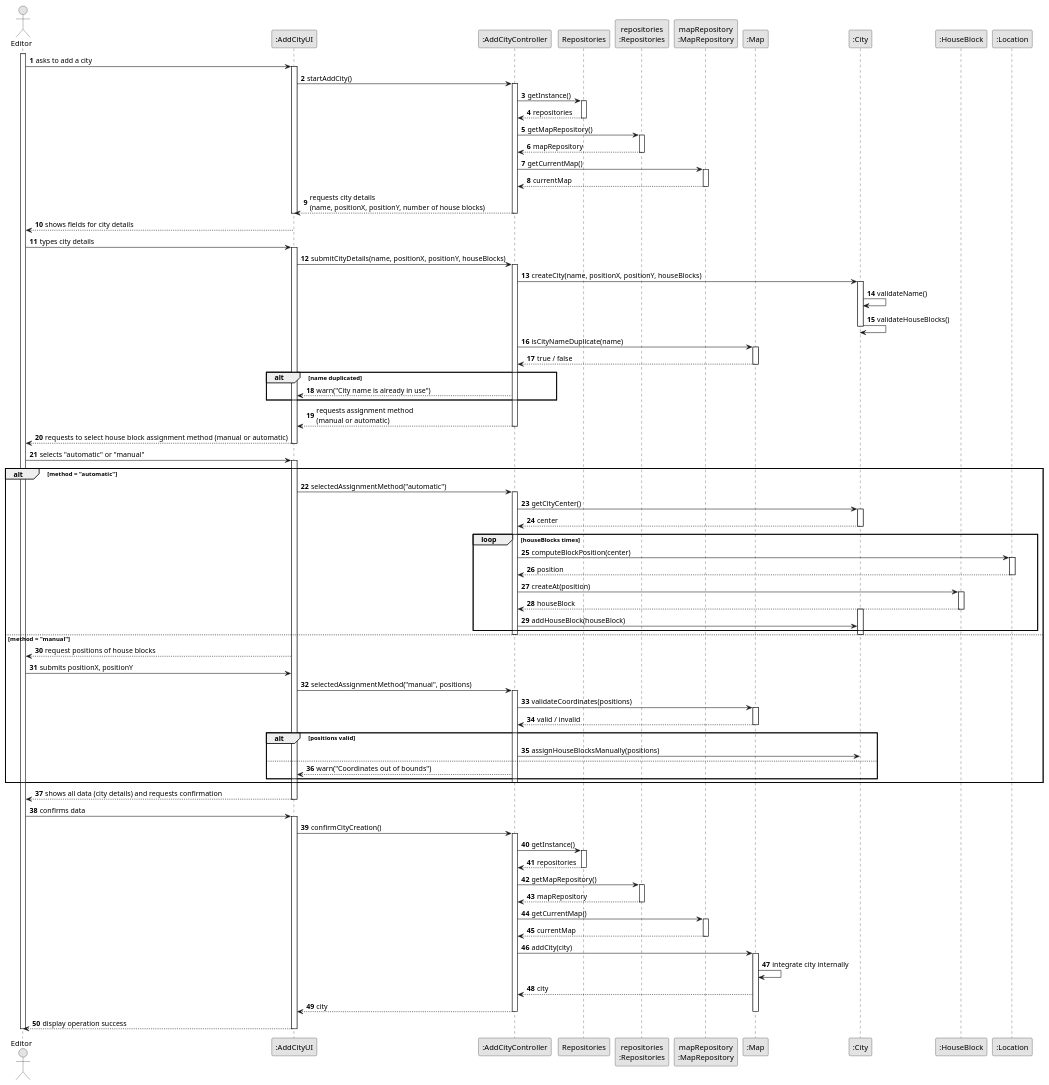
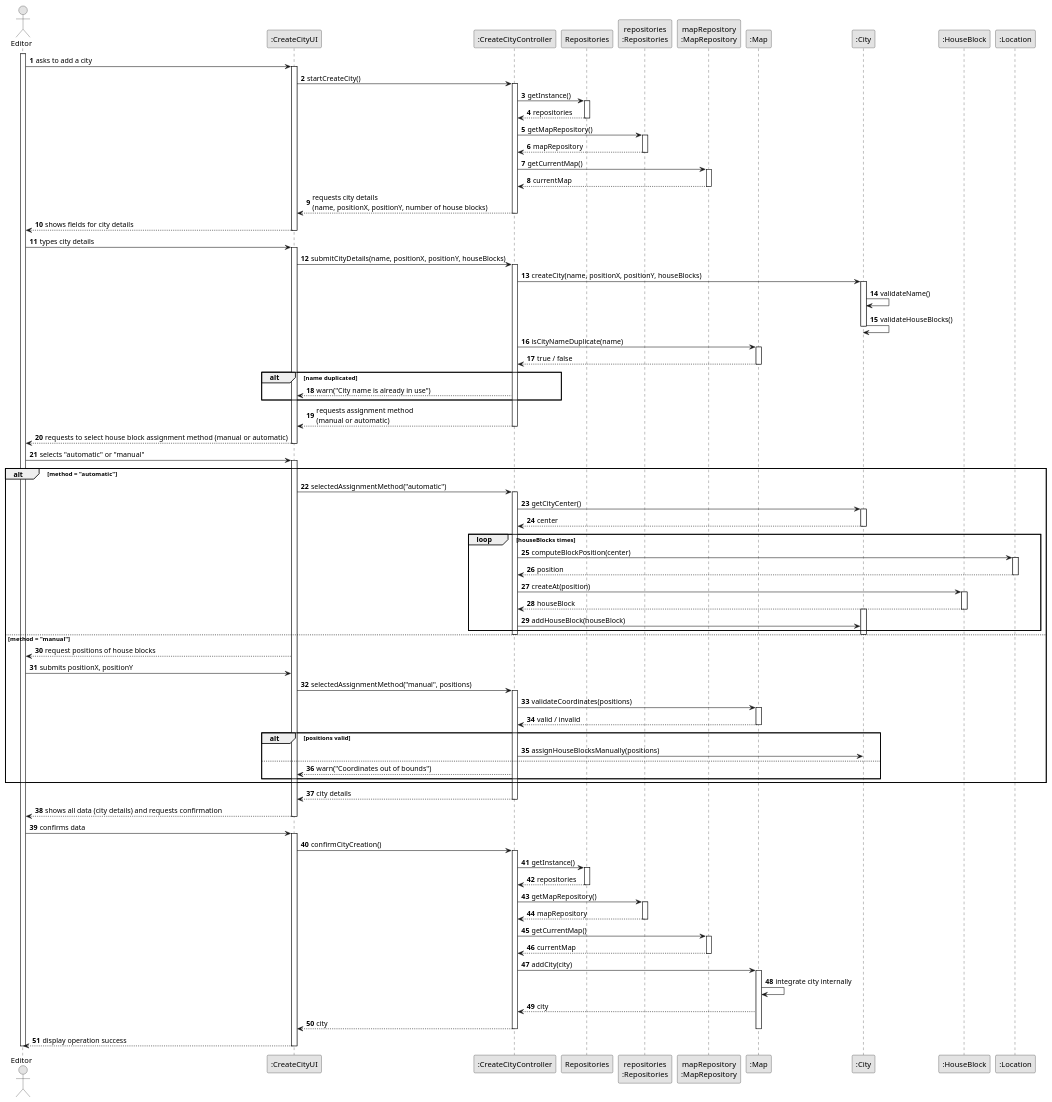
The diagram in docs/system-documentation/US003/03.design/puml/US003-SD-full.puml (1240826/empire-on-tracks), drawn with PlantUML before and after one commit. The commit also changed 11 other files, not shown here.

```diff
--- a/docs/system-documentation/US003/03.design/puml/US003-SD-full.puml
+++ b/docs/system-documentation/US003/03.design/puml/US003-SD-full.puml
@@ -1,156 +1,156 @@
 @startuml
 skinparam monochrome true
 skinparam packageStyle rectangle
 skinparam shadowing false
 
 autonumber
 
 actor "Editor" as Editor
-participant ":AddCityUI"            as UI
-participant ":AddCityController"    as Controller
+participant ":CreateCityUI"            as UI
+participant ":CreateCityController"    as Controller
 participant "Repositories"          as REPOS
 participant "repositories\n:Repositories" as REPOS_SINGLETON
 participant "mapRepository\n:MapRepository" as MAP_REPO
 participant ":Map"                  as Map
 participant ":City"                 as City
 participant ":HouseBlock"           as HouseBlock
 participant ":Location"             as Location
 
 activate Editor
 
 Editor -> UI : asks to add a city
 activate UI
 
-    UI -> Controller : startAddCity()
+    UI -> Controller : startCreateCity()
     activate Controller
 
         Controller -> REPOS : getInstance()
         activate REPOS
             REPOS --> Controller : repositories
         deactivate REPOS
 
         Controller -> REPOS_SINGLETON : getMapRepository()
         activate REPOS_SINGLETON
             REPOS_SINGLETON --> Controller : mapRepository
         deactivate REPOS_SINGLETON
 
         Controller -> MAP_REPO : getCurrentMap()
         activate MAP_REPO
             MAP_REPO --> Controller : currentMap
         deactivate MAP_REPO
 
         Controller --> UI : requests city details\n(name, positionX, positionY, number of house blocks)
     deactivate Controller
+UI --> Editor : shows fields for city details
 deactivate UI
-
-UI --> Editor : shows fields for city details
 Editor -> UI : types city details
 activate UI
 
     UI -> Controller : submitCityDetails(name, positionX, positionY, houseBlocks)
     activate Controller
 
         Controller -> City : createCity(name, positionX, positionY, houseBlocks)
         activate City
             City -> City : validateName()
             City -> City : validateHouseBlocks()
         deactivate City
 
         Controller -> Map : isCityNameDuplicate(name)
         activate Map
             Map --> Controller : true / false
         deactivate Map
 
         alt name duplicated
             Controller --> UI : warn("City name is already in use")
         end
             Controller --> UI : requests assignment method\n(manual or automatic)
     deactivate Controller
 
 
 UI --> Editor : requests to select house block assignment method (manual or automatic)
 deactivate UI
 Editor -> UI : selects "automatic" or "manual"
 activate UI
 
     alt method = "automatic"
         UI -> Controller : selectedAssignmentMethod("automatic")
         activate Controller
 
             Controller -> City : getCityCenter()
             activate City
                 City --> Controller : center
             deactivate City
 
             loop houseBlocks times
                 Controller -> Location : computeBlockPosition(center)
                 activate Location
                     Location --> Controller : position
                 deactivate Location
 
                 Controller -> HouseBlock : createAt(position)
                 activate HouseBlock
                     HouseBlock --> Controller : houseBlock
                 deactivate HouseBlock
 
                 activate City
                 Controller -> City : addHouseBlock(houseBlock)
             end
             deactivate City
         deactivate Controller
 
     else method = "manual"
         UI --> Editor : request positions of house blocks
         Editor -> UI : submits positionX, positionY
         UI -> Controller : selectedAssignmentMethod("manual", positions)
         activate Controller
 
             Controller -> Map : validateCoordinates(positions)
             activate Map
                 Map --> Controller : valid / invalid
             deactivate Map
 
             alt positions valid
                 Controller -> City : assignHouseBlocksManually(positions)
             else
                 Controller --> UI : warn("Coordinates out of bounds")
             end
-        deactivate Controller
     end
+    Controller --> UI: city details
+            deactivate Controller
 
     UI --> Editor : shows all data (city details) and requests confirmation
 deactivate UI
 
 Editor -> UI : confirms data
 activate UI
 
     UI -> Controller : confirmCityCreation()
     activate Controller
 
         Controller -> REPOS : getInstance()
         activate REPOS
             REPOS --> Controller : repositories
         deactivate REPOS
 
         Controller -> REPOS_SINGLETON : getMapRepository()
         activate REPOS_SINGLETON
             REPOS_SINGLETON --> Controller : mapRepository
         deactivate REPOS_SINGLETON
 
         Controller -> MAP_REPO : getCurrentMap()
         activate MAP_REPO
             MAP_REPO --> Controller : currentMap
         deactivate MAP_REPO
 
         Controller -> Map : addCity(city)
         activate Map
             Map -> Map : integrate city internally
 Map --> Controller: city
 Controller --> UI: city
        deactivate Map
     deactivate Controller
     UI -->  Editor: display operation success
 deactivate UI
 
 deactivate Editor
 @enduml
```
